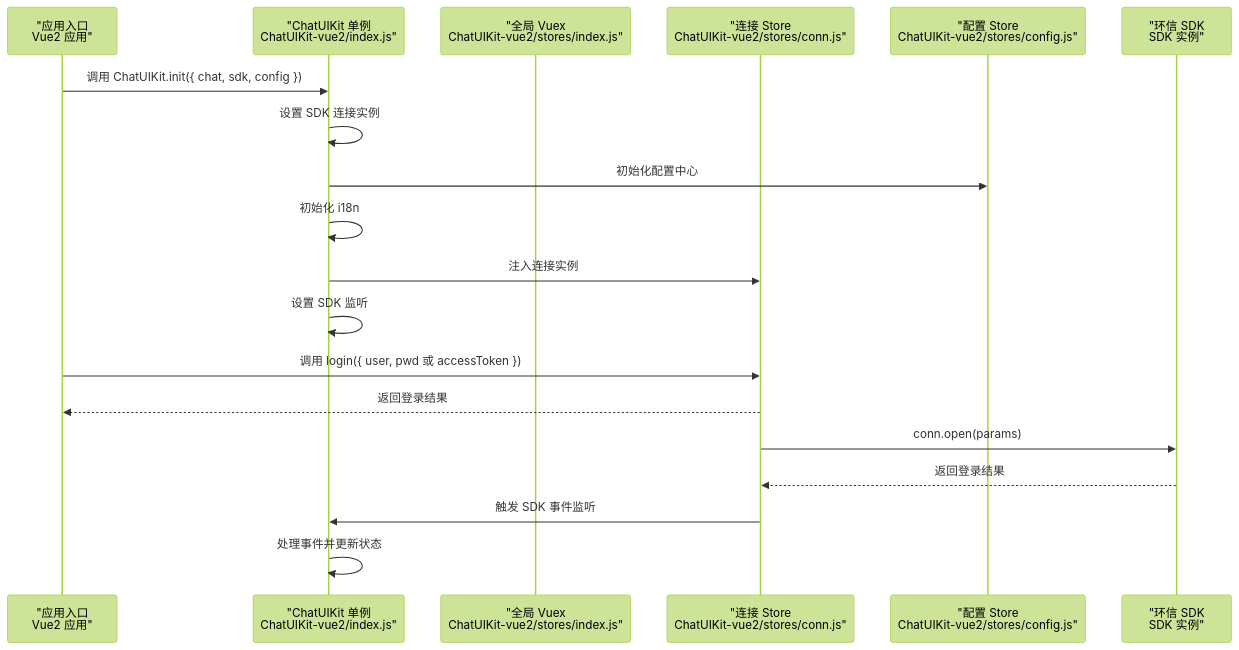
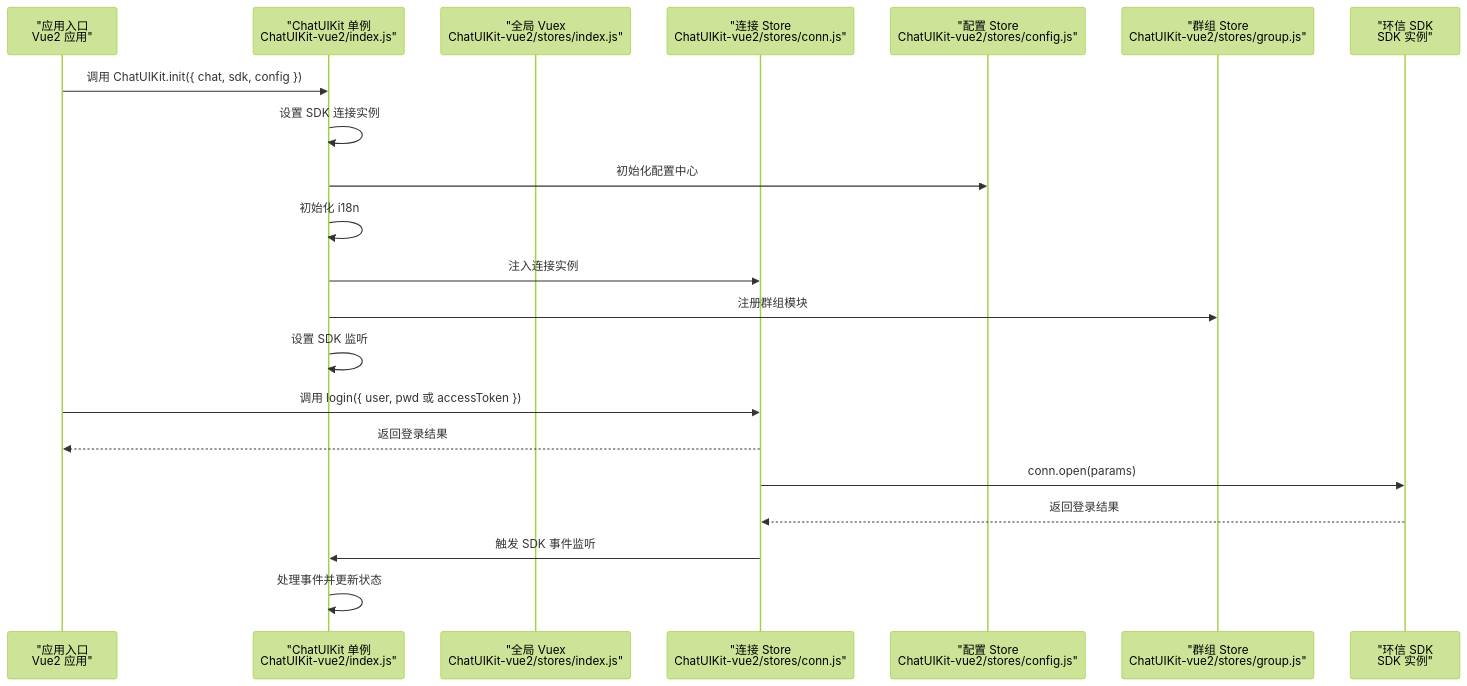
Before and after one commit to Easemob-Community/easemob-uikit-uniapp-community: the second of 9 diagrams in .qoder/repowiki/zh/content/API参考/API参考.md, drawn with Mermaid (forest theme). The commit also changed other lines of this file and 5 other files, not shown here.

````diff
--- a/.qoder/repowiki/zh/content/API参考/API参考.md
+++ b/.qoder/repowiki/zh/content/API参考/API参考.md
@@ -146,21 +153,23 @@
 ```mermaid
 sequenceDiagram
 participant App as "应用入口<br/>Vue2 应用"
 participant UIKit as "ChatUIKit 单例<br/>ChatUIKit-vue2/index.js"
 participant Vuex as "全局 Vuex<br/>ChatUIKit-vue2/stores/index.js"
 participant Conn as "连接 Store<br/>ChatUIKit-vue2/stores/conn.js"
 participant Config as "配置 Store<br/>ChatUIKit-vue2/stores/config.js"
+participant Group as "群组 Store<br/>ChatUIKit-vue2/stores/group.js"
 participant SDK as "环信 SDK<br/>SDK 实例"
 App->>UIKit : 调用 ChatUIKit.init({ chat, sdk, config })
 UIKit->>UIKit : 设置 SDK 连接实例
 UIKit->>Config : 初始化配置中心
 UIKit->>UIKit : 初始化 i18n
 UIKit->>Conn : 注入连接实例
+UIKit->>Group : 注册群组模块
 UIKit->>UIKit : 设置 SDK 监听
 App->>Conn : 调用 login({ user, pwd 或 accessToken })
 Conn-->>App : 返回登录结果
 Conn->>SDK : conn.open(params)
 SDK-->>Conn : 返回登录结果
 Conn->>UIKit : 触发 SDK 事件监听
 UIKit->>UIKit : 处理事件并更新状态
 ```
````
